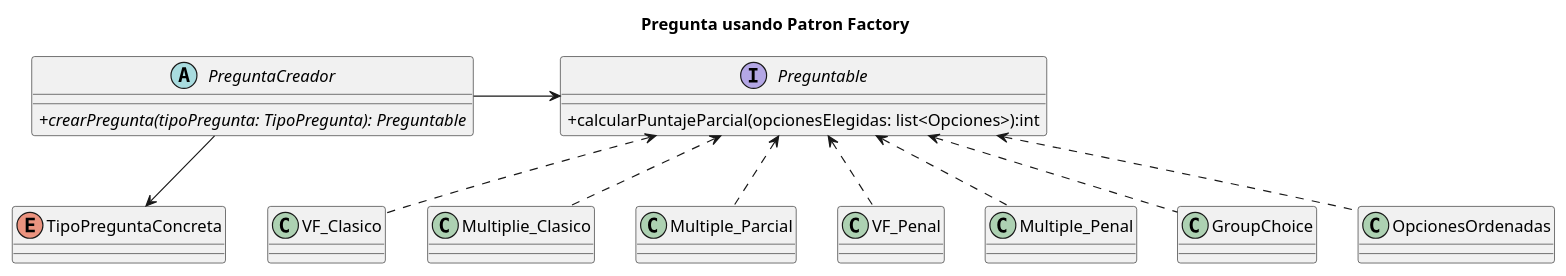
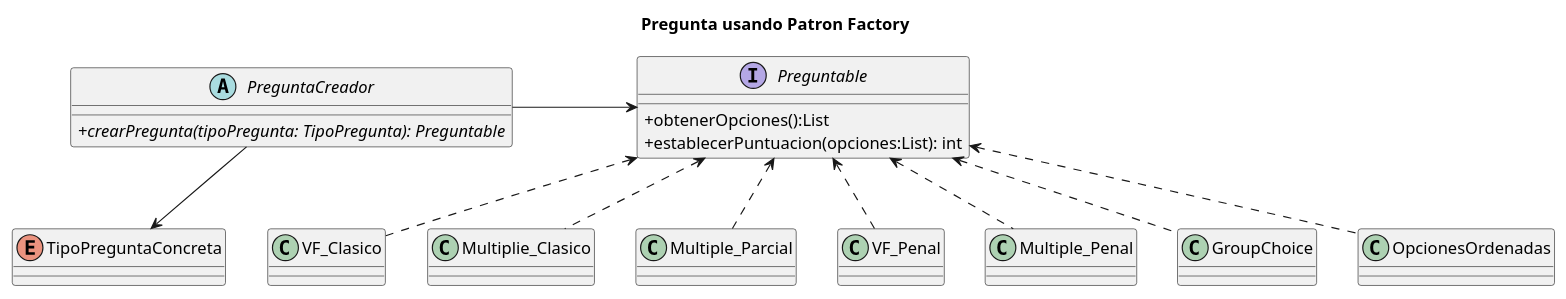
The diagram in doc/Diagramas/Diagramas_Clase/pregunta/pregunta.plantuml (gylopezgiles/TP2), drawn with PlantUML before and after one commit. The commit also changed 3 other files, not shown here.

```diff
--- a/doc/Diagramas/Diagramas_Clase/pregunta/pregunta.plantuml
+++ b/doc/Diagramas/Diagramas_Clase/pregunta/pregunta.plantuml
@@ -2,62 +2,63 @@
 @startuml
 title Pregunta usando Patron Factory
 skinparam classAttributeIconSize 0
 
 abstract class PreguntaCreador{
     + {abstract}crearPregunta(tipoPregunta: TipoPregunta): Preguntable
 }
 
 interface Preguntable{
-    + calcularPuntajeParcial(opcionesElegidas: list<Opciones>):int
+    + obtenerOpciones():List
+    + establecerPuntuacion(opciones:List): int
 }
 
 enum TipoPreguntaConcreta{
 }
 
 
 ' sin penalidad
 class VF_Clasico{
 }
 
 class Multiplie_Clasico{
 
 }
 
 class Multiple_Parcial{
     
 }
 
 
 ' con penalidad
 class VF_Penal{
 }
 
 class Multiple_Penal{
 }
 
 
 ' Especiales
 class GroupChoice{
 }
 
 class OpcionesOrdenadas{
 }
 
 
 PreguntaCreador -down->TipoPreguntaConcreta
 PreguntaCreador -> Preguntable
 
 ' Preg_Penal
 Preguntable <.. VF_Penal
 Preguntable <.. Multiple_Penal
 
 
 ' Pregun_Sin_Penal
 Preguntable <.. VF_Clasico
 Preguntable <.. Multiplie_Clasico
 Preguntable <.. Multiple_Parcial
 
 Preguntable <.. GroupChoice
 Preguntable <.. OpcionesOrdenadas
 
 @enduml
```
